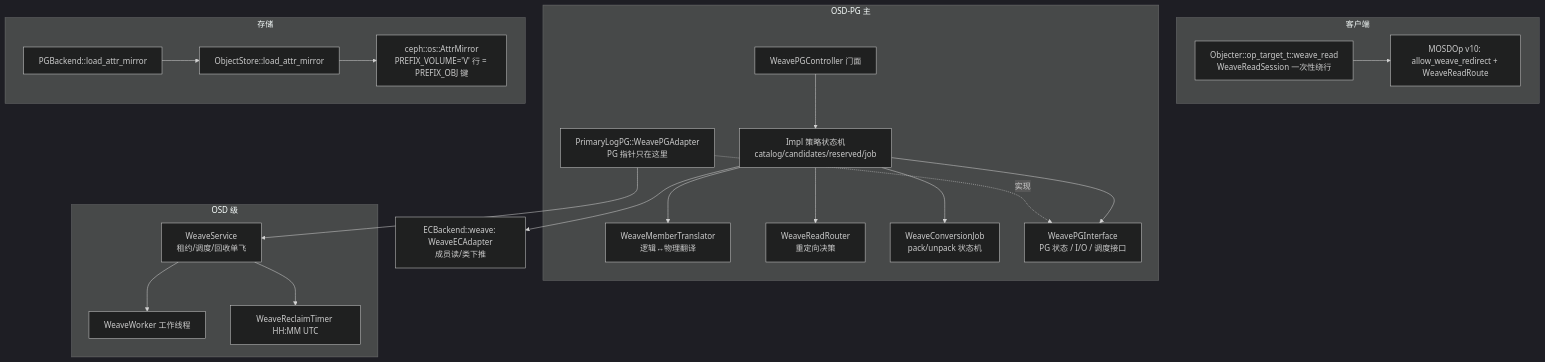
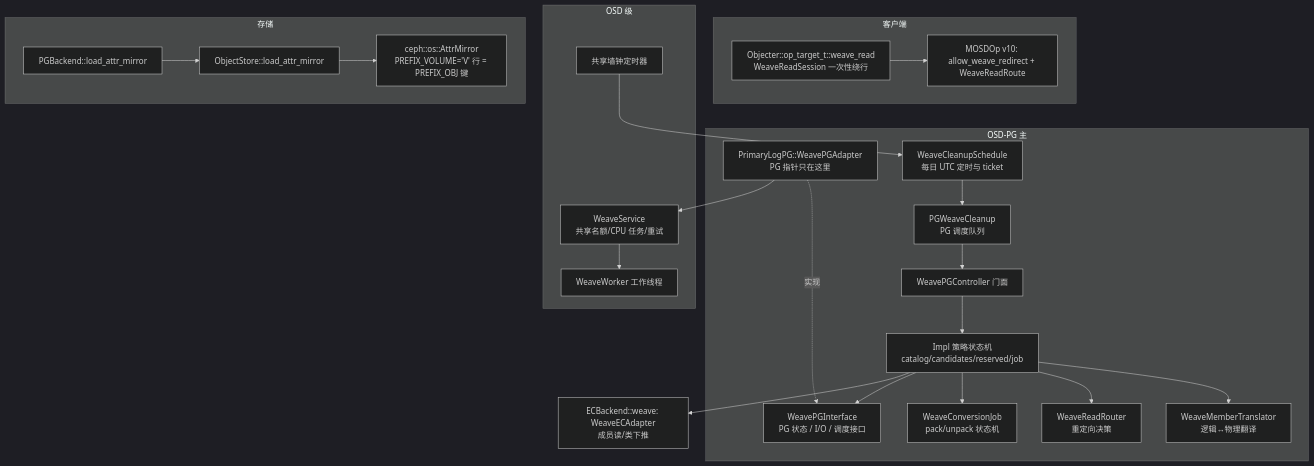
Before and after one commit to CephEC/ceph: the first of 3 diagrams in doc/dev/osd_internals/weave_code_map.md, drawn with Mermaid (dark theme). The commit also changed other lines of this file and 27 other files, not shown here.

First line of the commit message:
osd/weave: schedule daily cleanup per PG

````diff
--- a/doc/dev/osd_internals/weave_code_map.md
+++ b/doc/dev/osd_internals/weave_code_map.md
@@ -22,25 +22,27 @@
 ```mermaid
 graph TB
   subgraph 客户端
     O[Objecter::op_target_t::weave_read<br/>WeaveReadSession 一次性绕行] --> M[MOSDOp v10: allow_weave_redirect + WeaveReadRoute]
   end
   subgraph OSD-PG 主
     C[WeavePGController 门面] --> I[Impl 策略状态机<br/>catalog/candidates/reserved/job]
     I --> T[WeaveMemberTranslator<br/>逻辑↔物理翻译]
     I --> R[WeaveReadRouter<br/>重定向决策]
     I --> J[WeaveConversionJob<br/>pack/unpack 状态机]
     PIF[WeavePGInterface<br/>PG 状态 / I/O / 调度接口]
     H[PrimaryLogPG::WeavePGAdapter<br/>PG 指针只在这里] -. 实现 .-> PIF
+    CS[WeaveCleanupSchedule<br/>每日 UTC 定时与 ticket] --> Q[PGWeaveCleanup<br/>PG 调度队列]
+    Q --> C
   end
   subgraph OSD 级
-    S[WeaveService<br/>租约/调度/回收单飞] --> SC[WeaveWorker 工作线程]
-    S --> RT[WeaveReclaimTimer HH:MM UTC]
+    S[WeaveService<br/>共享名额/CPU 任务/重试] --> SC[WeaveWorker 工作线程]
+    RT[共享墙钟定时器] --> CS
   end
   subgraph 存储
     P[PGBackend::load_attr_mirror] --> OS[ObjectStore::load_attr_mirror]
     OS --> AM[ceph::os::AttrMirror<br/>PREFIX_VOLUME='V' 行 = PREFIX_OBJ 键]
   end
   I --> PIF
   H --> S
   I --> EC[ECBackend::weave: WeaveECAdapter<br/>成员读/类下推]
 ```
````
